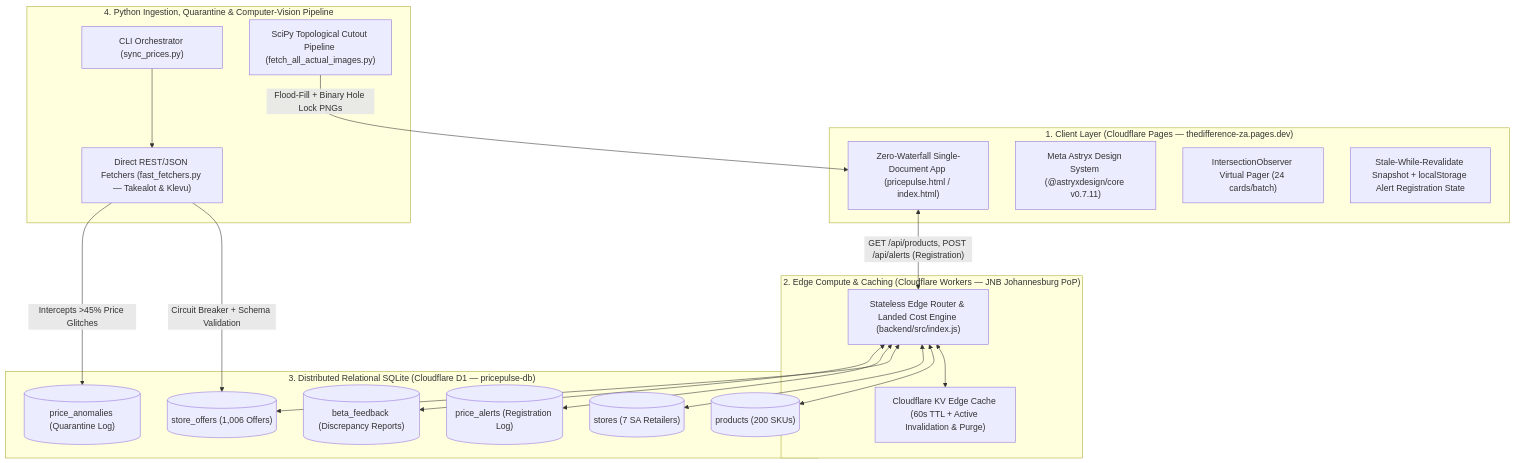
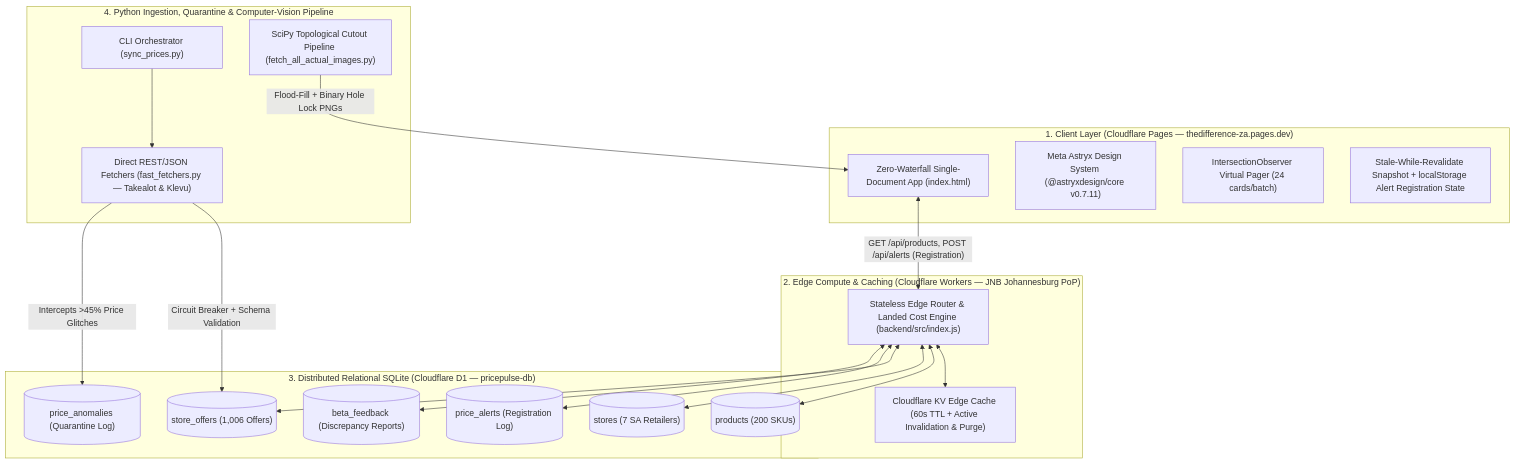
One commit to reamogetswemolefe0190-cmd/thedifference-za changed the diagram in README.md. Above: the diagram before and after it, drawn with Mermaid. The commit also changed other lines of this file and 6 other files, not shown here.

First line of the commit message:
refactor: remove dead pricepulse.html duplicate, fix latent backend issues

````diff
--- a/README.md
+++ b/README.md
@@ -52,37 +52,37 @@
 ```mermaid
 flowchart TB
     subgraph Client["1. Client Layer (Cloudflare Pages — thedifference-za.pages.dev)"]
-        UI["Zero-Waterfall Single-Document App (pricepulse.html / index.html)"]
+        UI["Zero-Waterfall Single-Document App (index.html)"]
         Astryx["Meta Astryx Design System (@astryxdesign/core v0.7.11)"]
         VirtScroll["IntersectionObserver Virtual Pager (24 cards/batch)"]
         LocalStore["Stale-While-Revalidate Snapshot + localStorage Alert Registration State"]
     end
 
     subgraph Edge["2. Edge Compute & Caching (Cloudflare Workers — JNB Johannesburg PoP)"]
         Worker["Stateless Edge Router & Landed Cost Engine (backend/src/index.js)"]
         KVCache["Cloudflare KV Edge Cache (60s TTL + Active Invalidation & Purge)"]
     end
 
     subgraph Data["3. Distributed Relational SQLite (Cloudflare D1 — pricepulse-db)"]
         T_Prod[("products (200 SKUs)")]
         T_Stores[("stores (7 SA Retailers)")]
         T_Offers[("store_offers (1,006 Offers)")]
         T_Alerts[("price_alerts (Registration Log)")]
         T_Anom[("price_anomalies (Quarantine Log)")]
         T_Feed[("beta_feedback (Discrepancy Reports)")]
     end
 
     subgraph Pipeline["4. Python Ingestion, Quarantine & Computer-Vision Pipeline"]
         Sync["CLI Orchestrator (sync_prices.py)"]
         Fast["Direct REST/JSON Fetchers (fast_fetchers.py — Takealot & Klevu)"]
         Cutout["SciPy Topological Cutout Pipeline (fetch_all_actual_images.py)"]
     end
 
     UI <-->|"GET /api/products, POST /api/alerts (Registration)"| Worker
     Worker <--> KVCache
     Worker <--> T_Prod & T_Stores & T_Offers & T_Alerts & T_Feed
     Sync --> Fast
     Fast -->|"Circuit Breaker + Schema Validation"| T_Offers
     Fast -->|"Intercepts >45% Price Glitches"| T_Anom
     Cutout -->|"Flood-Fill + Binary Hole Lock PNGs"| UI
 ```
````
